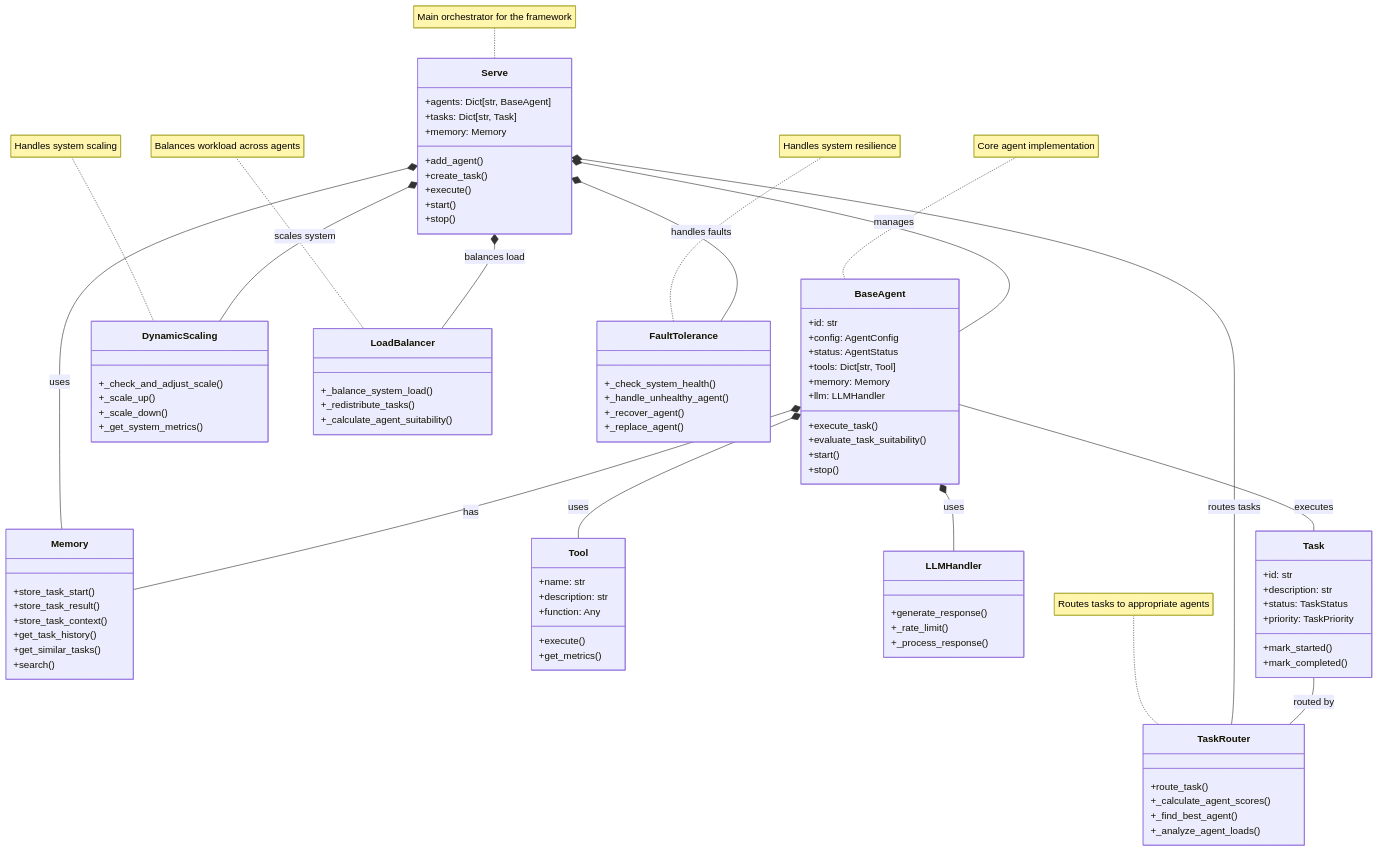
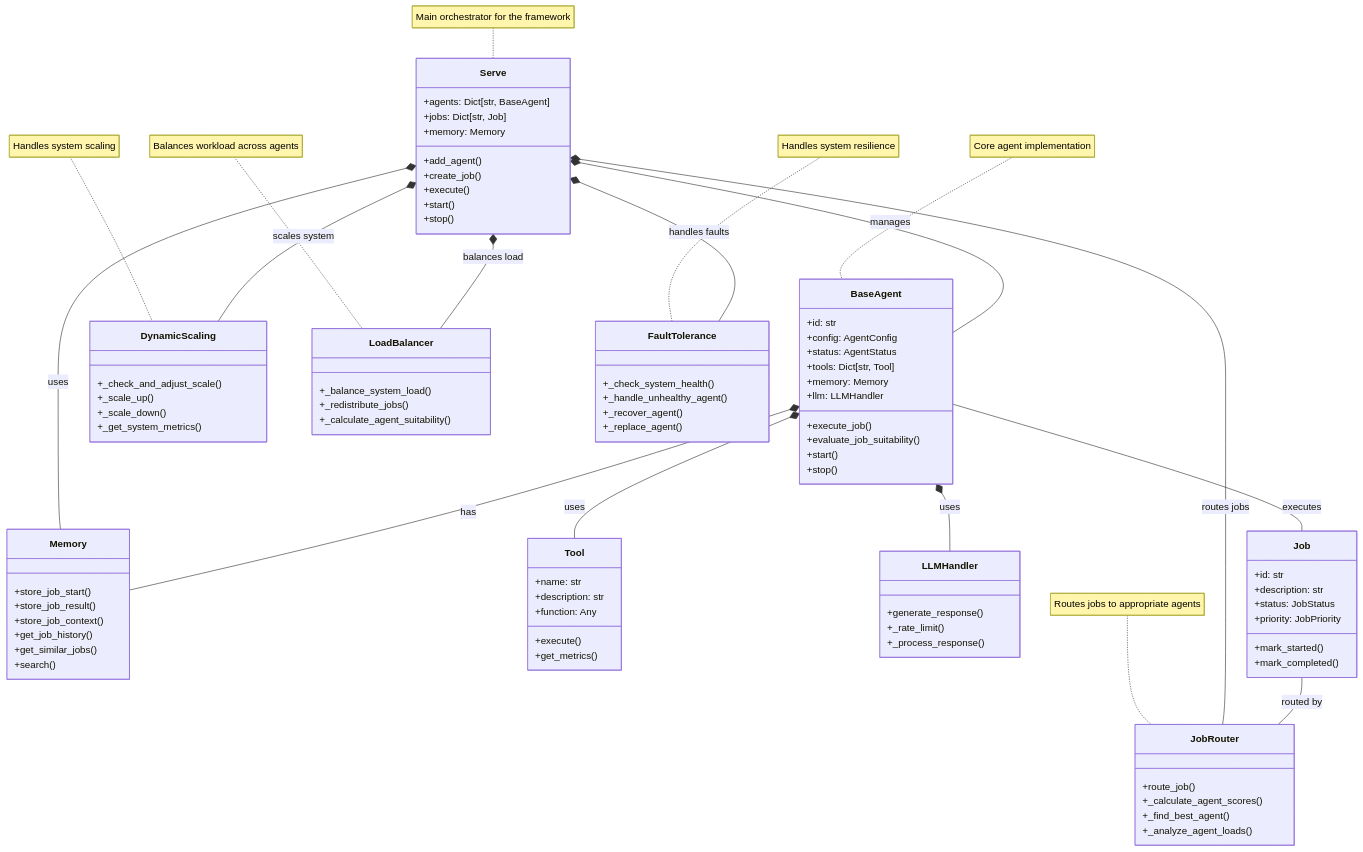
One commit to pilottai/pilottai changed the diagram in pilottai.mermaid. Above: the diagram before and after it, drawn with Mermaid. The commit also changed 69 other files, not shown here.

Commit message:
refactored code for agents and jobs, important keys and methods updated in sync with new keys

```diff
--- a/pilottai.mermaid
+++ b/pilottai.mermaid
@@ -1,102 +1,102 @@
 classDiagram
     class Serve {
         +agents: Dict[str, BaseAgent]
-        +tasks: Dict[str, Task]
+        +jobs: Dict[str, Job]
         +memory: Memory
         +add_agent()
-        +create_task()
+        +create_job()
         +execute()
         +start()
         +stop()
     }
 
     class BaseAgent {
         +id: str
         +config: AgentConfig
         +status: AgentStatus
         +tools: Dict[str, Tool]
         +memory: Memory
         +llm: LLMHandler
-        +execute_task()
-        +evaluate_task_suitability()
+        +execute_job()
+        +evaluate_job_suitability()
         +start()
         +stop()
     }
 
     class Memory {
-        +store_task_start()
-        +store_task_result()
-        +store_task_context()
-        +get_task_history()
-        +get_similar_tasks()
+        +store_job_start()
+        +store_job_result()
+        +store_job_context()
+        +get_job_history()
+        +get_similar_jobs()
         +search()
     }
 
-    class TaskRouter {
-        +route_task()
+    class JobRouter {
+        +route_job()
         +_calculate_agent_scores()
         +_find_best_agent()
         +_analyze_agent_loads()
     }
 
     class DynamicScaling {
         +_check_and_adjust_scale()
         +_scale_up()
         +_scale_down()
         +_get_system_metrics()
     }
 
     class LoadBalancer {
         +_balance_system_load()
-        +_redistribute_tasks()
+        +_redistribute_jobs()
         +_calculate_agent_suitability()
     }
 
     class FaultTolerance {
         +_check_system_health()
         +_handle_unhealthy_agent()
         +_recover_agent()
         +_replace_agent()
     }
 
     class Tool {
         +name: str
         +description: str
         +function: Any
         +execute()
         +get_metrics()
     }
 
     class LLMHandler {
         +generate_response()
         +_rate_limit()
         +_process_response()
     }
 
-    class Task {
+    class Job {
         +id: str
         +description: str
-        +status: TaskStatus
-        +priority: TaskPriority
+        +status: JobStatus
+        +priority: JobPriority
         +mark_started()
         +mark_completed()
     }
 
     Serve *-- BaseAgent : manages
     Serve *-- Memory : uses
     BaseAgent *-- Tool : uses
     BaseAgent *-- Memory : has
     BaseAgent *-- LLMHandler : uses
-    Serve *-- TaskRouter : routes tasks
+    Serve *-- JobRouter : routes jobs
     Serve *-- DynamicScaling : scales system
     Serve *-- LoadBalancer : balances load
     Serve *-- FaultTolerance : handles faults
-    BaseAgent -- Task : executes
-    Task -- TaskRouter : routed by
+    BaseAgent -- Job : executes
+    Job -- JobRouter : routed by
 
     note for Serve "Main orchestrator for the framework"
     note for BaseAgent "Core agent implementation"
-    note for TaskRouter "Routes tasks to appropriate agents"
+    note for JobRouter "Routes jobs to appropriate agents"
     note for DynamicScaling "Handles system scaling"
     note for LoadBalancer "Balances workload across agents"
     note for FaultTolerance "Handles system resilience"
```
